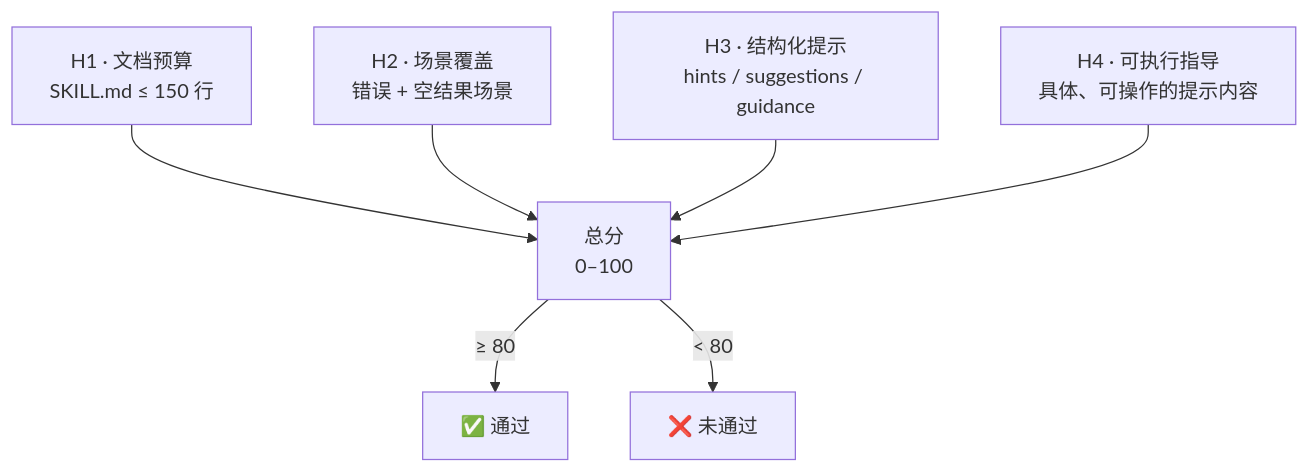
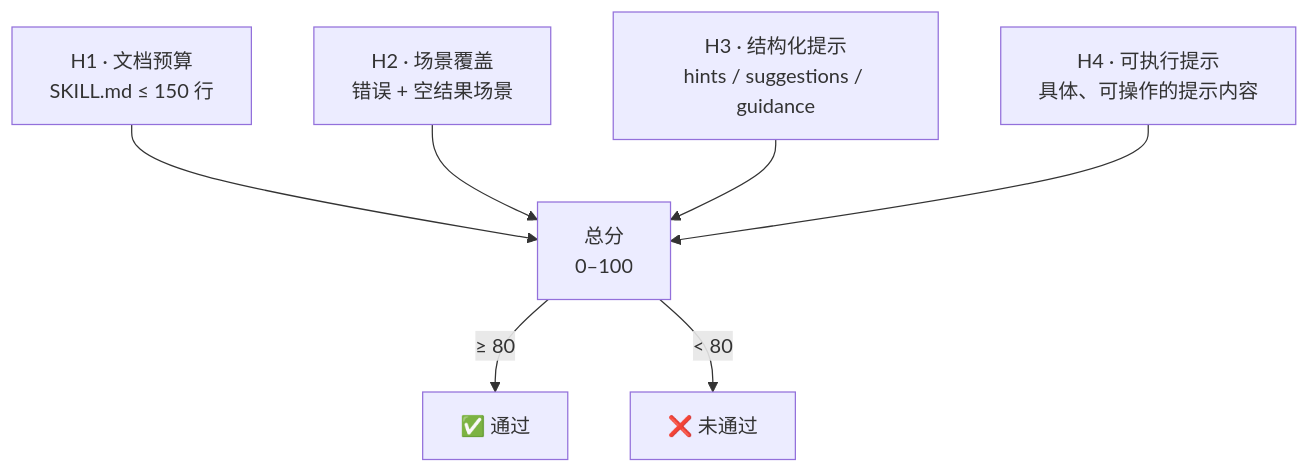
The second of 2 diagrams in README.zh-CN.md (DrDexter6000/talking-cli), drawn with Mermaid before and after one commit. The commit also changed other lines of this file, not shown here.

````diff
--- a/README.zh-CN.md
+++ b/README.zh-CN.md
@@ -104,11 +104,11 @@
 ```mermaid
 graph TD
     H1[H1 · 文档预算<br/>SKILL.md ≤ 150 行]
     H2[H2 · 场景覆盖<br/>错误 + 空结果场景]
     H3[H3 · 结构化提示<br/>hints / suggestions / guidance]
-    H4[H4 · 可执行指导<br/>具体、可操作的提示内容]
+    H4[H4 · 可执行提示<br/>具体、可操作的提示内容]
 
     H1 & H2 & H3 & H4 --> Score[总分<br/>0–100]
     Score -->|≥ 80| Pass[✅ 通过]
     Score -->|< 80| Fail[❌ 未通过]
 ```
````
